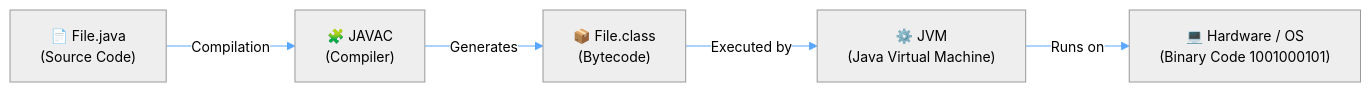
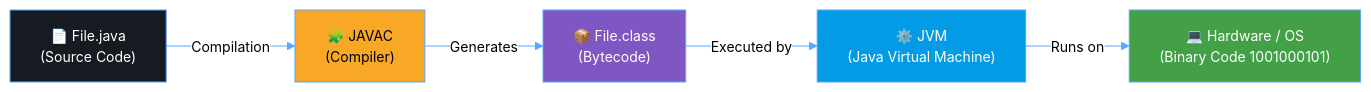
The diagram in intoduction_to_java/IntroductionToJAVA.md (must1phae/Become-a-Java-Expert), drawn with Mermaid before and after one commit.

````diff
--- a/intoduction_to_java/IntroductionToJAVA.md
+++ b/intoduction_to_java/IntroductionToJAVA.md
@@ -62,23 +62,29 @@
 ```mermaid
 %%{init: {'theme': 'neutral', 'themeVariables': {
   'primaryColor': '#1f6feb',
   'edgeLabelBackground':'#ffffff',
   'fontSize': '14px',
   'lineColor': '#58a6ff',
   'primaryTextColor': '#ffffff',
   'tertiaryColor': '#161b22',
   'background': '#0d1117'
 }}}%%
 
 flowchart LR
     A["📄 File.java<br/>(Source Code)"]
     B["🧩 JAVAC<br/>(Compiler)"]
     C["📦 File.class<br/>(Bytecode)"]
     D["⚙️ JVM<br/>(Java Virtual Machine)"]
     E["💻 Hardware / OS<br/>(Binary Code 1001000101)"]
 
     A -->|Compilation| B
     B -->|Generates| C
     C -->|Executed by| D
-    D -->|Runs on| E
+    D -->|Runs on| E   
+    
+    style A fill:#161b22,stroke:#58a6ff,stroke-width:1px,color:#ffffff
+    style B fill:#f9a825,stroke:#58a6ff,stroke-width:1px,color:#000
+    style C fill:#7e57c2,stroke:#58a6ff,stroke-width:1px,color:#fff
+    style D fill:#039be5,stroke:#58a6ff,stroke-width:1px,color:#fff
+    style E fill:#43a047,stroke:#58a6ff,stroke-width:1px,color:#fff 
 ```
````
